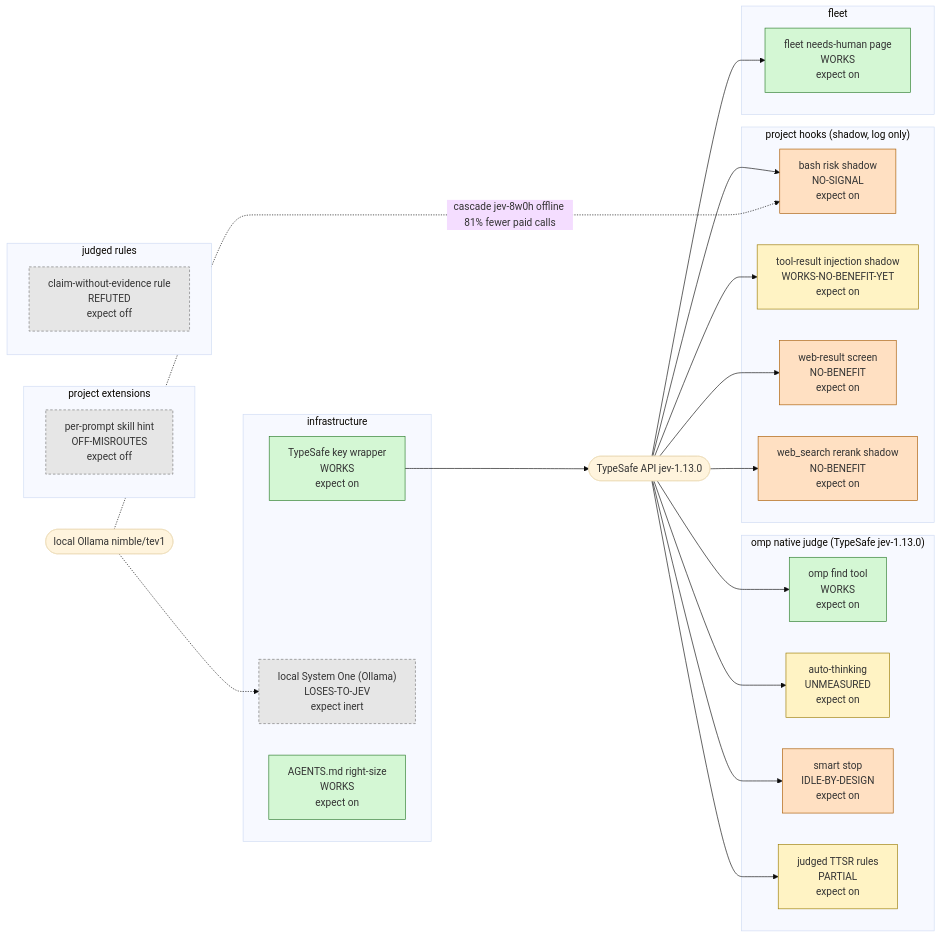
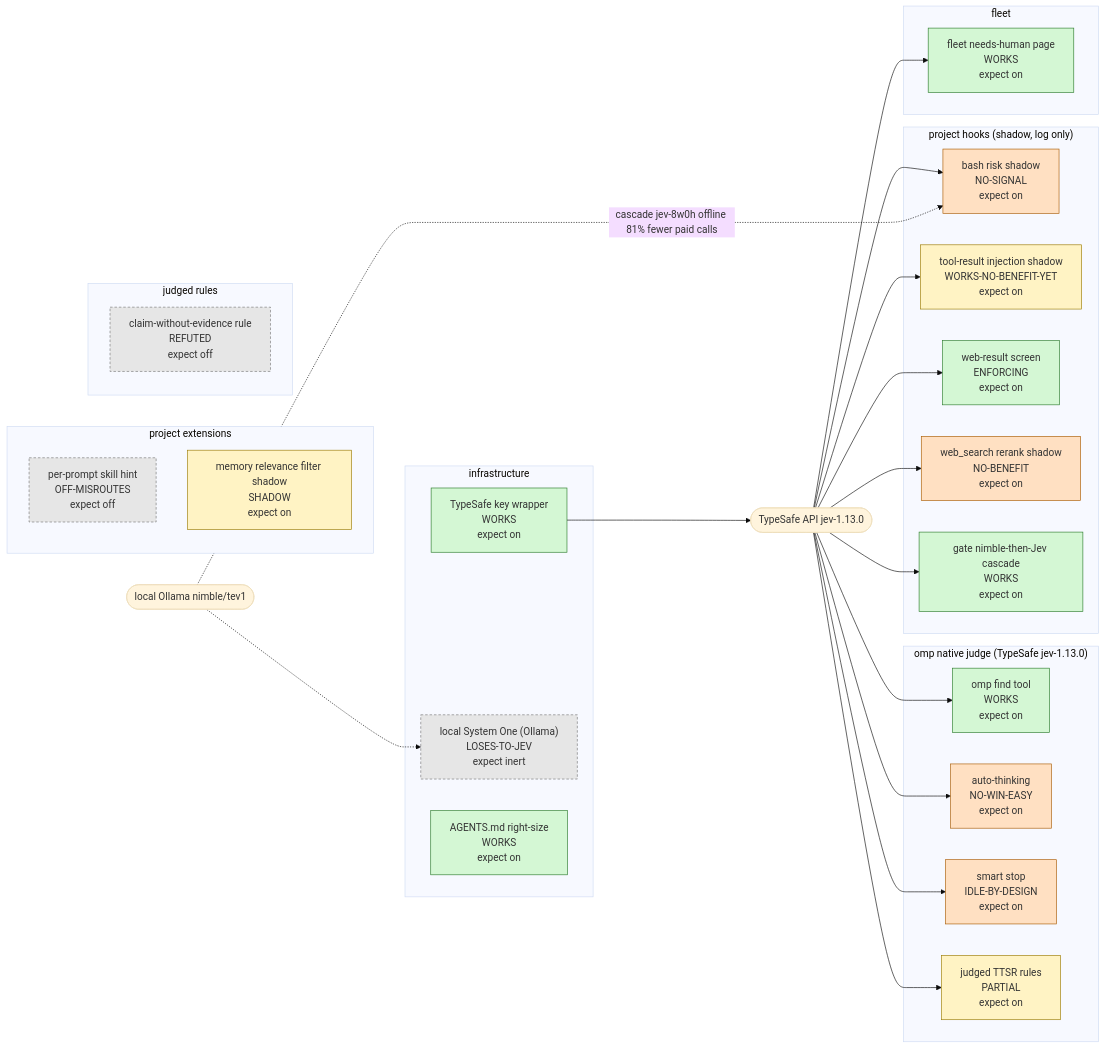
Before and after one commit to JYeswak/jev_playground: the diagram in work/jev-inventory/goldens/inventory-structure.mmd, drawn with Mermaid (base theme). The commit also changed 2 other files, not shown here.

Commit message:
docs(jev-inventory): sync verdicts (auto NO-WIN-EASY, webscreen ENFORCING, +memory-filter, +gate-cascade) [test]

```diff
--- a/work/jev-inventory/goldens/inventory-structure.mmd
+++ b/work/jev-inventory/goldens/inventory-structure.mmd
@@ -1,49 +1,52 @@
 flowchart LR
   JEV(["TypeSafe API jev-1.13.0"])
   LOCAL(["local Ollama nimble/tev1"])
   subgraph native["omp native judge (TypeSafe jev-1.13.0)"]
     find["omp find tool<br/>WORKS<br/>expect on"]
-    auto_thinking["auto-thinking<br/>UNMEASURED<br/>expect on"]
+    auto_thinking["auto-thinking<br/>NO-WIN-EASY<br/>expect on"]
     smart_stop["smart stop<br/>IDLE-BY-DESIGN<br/>expect on"]
     ttsr_judged["judged TTSR rules<br/>PARTIAL<br/>expect on"]
   end
   subgraph hook["project hooks (shadow, log only)"]
     gate_observe["bash risk shadow<br/>NO-SIGNAL<br/>expect on"]
     injection_shadow["tool-result injection shadow<br/>WORKS-NO-BENEFIT-YET<br/>expect on"]
-    webscreen["web-result screen<br/>NO-BENEFIT<br/>expect on"]
+    webscreen["web-result screen<br/>ENFORCING<br/>expect on"]
     websearch_rerank["web_search rerank shadow<br/>NO-BENEFIT<br/>expect on"]
+    gate_cascade["gate nimble-then-Jev cascade<br/>WORKS<br/>expect on"]
   end
   subgraph extension["project extensions"]
     skill_hint["per-prompt skill hint<br/>OFF-MISROUTES<br/>expect off"]
+    memory_filter["memory relevance filter shadow<br/>SHADOW<br/>expect on"]
   end
   subgraph rule["judged rules"]
     claim_rule["claim-without-evidence rule<br/>REFUTED<br/>expect off"]
   end
   subgraph fleet["fleet"]
     needs_human["fleet needs-human page<br/>WORKS<br/>expect on"]
   end
   subgraph infra["infrastructure"]
     key_wrapper["TypeSafe key wrapper<br/>WORKS<br/>expect on"]
     local_sys1["local System One (Ollama)<br/>LOSES-TO-JEV<br/>expect inert"]
     agents_trim["AGENTS.md right-size<br/>WORKS<br/>expect on"]
   end
   JEV --> find
   JEV --> auto_thinking
   JEV --> smart_stop
   JEV --> ttsr_judged
   JEV --> gate_observe
   JEV --> injection_shadow
   JEV --> webscreen
   JEV --> websearch_rerank
   JEV --> needs_human
   LOCAL -.-> local_sys1
+  JEV --> gate_cascade
   LOCAL -. cascade jev-8w0h offline 81% fewer paid calls .-> gate_observe
   key_wrapper --> JEV
   classDef works fill:#d4f7d4,stroke:#2a7a2a
   classDef unproven fill:#fff3c4,stroke:#9a7a00
   classDef nobenefit fill:#ffe0c2,stroke:#a85a00
   classDef off fill:#e6e6e6,stroke:#777,stroke-dasharray:4 3
-  class smart_stop,gate_observe,webscreen,websearch_rerank nobenefit
+  class auto_thinking,smart_stop,gate_observe,websearch_rerank nobenefit
   class skill_hint,claim_rule,local_sys1 off
-  class auto_thinking,ttsr_judged,injection_shadow unproven
-  class find,needs_human,key_wrapper,agents_trim works
+  class ttsr_judged,injection_shadow,memory_filter unproven
+  class find,webscreen,needs_human,key_wrapper,agents_trim,gate_cascade works
```
